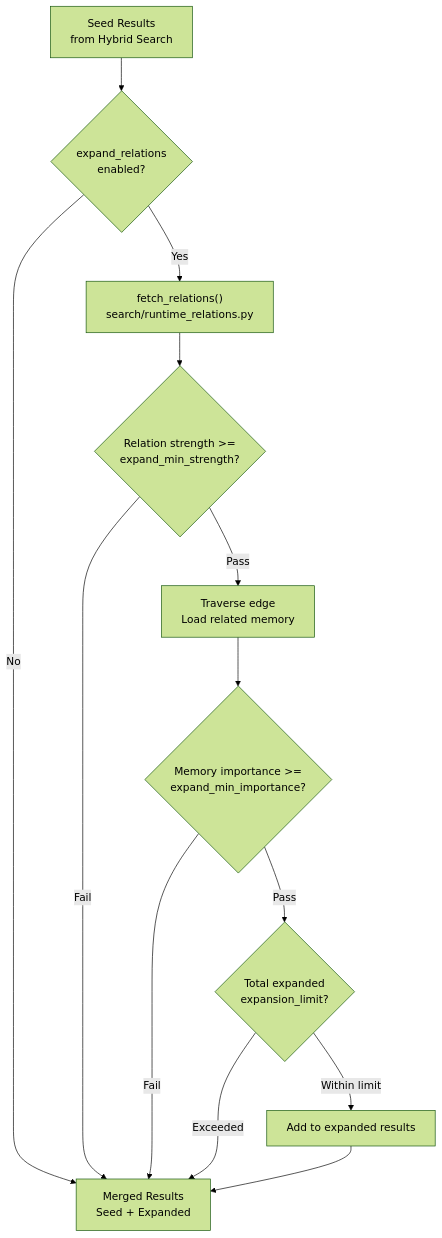
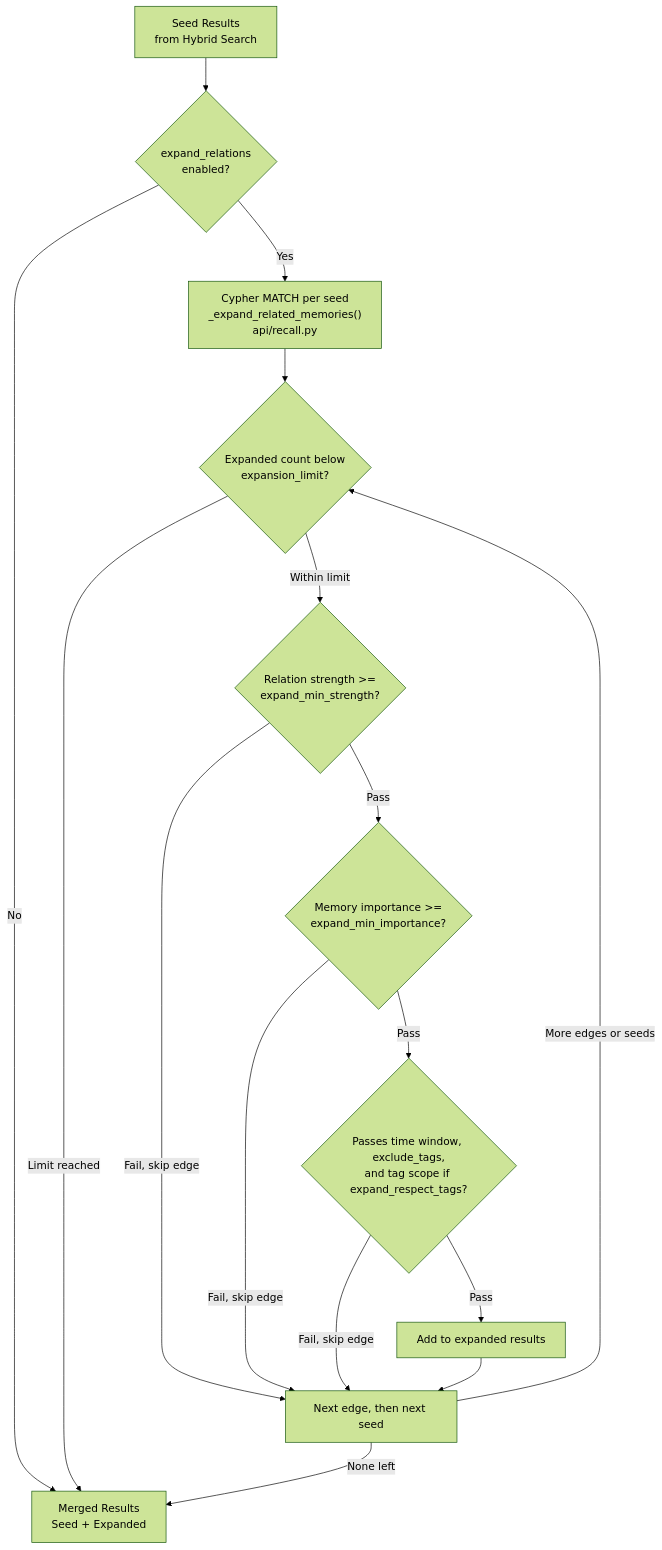
The third of 4 diagrams in src/content/docs/docs/reference/api/recall-operations.md (verygoodplugins/automem-website), drawn with Mermaid (forest theme) before and after one commit. The commit also changed other lines of this file and 1 other file, not shown here.

First line of the commit message:
docs: correct recall operations sequencing, expansion flows, MCP schema and formatting (#432)

````diff
--- a/src/content/docs/docs/reference/api/recall-operations.md
+++ b/src/content/docs/docs/reference/api/recall-operations.md
@@ -331,36 +331,43 @@
 ```mermaid
 graph TB
     SeedResults["Seed Results<br/>from Hybrid Search"]
 
     CheckExpand{"expand_relations<br/>enabled?"}
 
-    FetchRelations["fetch_relations()<br/>search/runtime_relations.py"]
+    FetchRelations["Cypher MATCH per seed<br/>_expand_related_memories()<br/>api/recall.py"]
+
+    CheckLimit{"Expanded count below<br/>expansion_limit?"}
 
     FilterStrength{"Relation strength >=<br/>expand_min_strength?"}
 
     FilterImportance{"Memory importance >=<br/>expand_min_importance?"}
 
-    TraverseEdge["Traverse edge<br/>Load related memory"]
-
-    CheckLimit{"Total expanded <br/>expansion_limit?"}
+    FilterScope{"Passes time window, exclude_tags,<br/>and tag scope if expand_respect_tags?"}
 
     AddToResults["Add to expanded results"]
+
+    NextEdge["Next edge, then next seed"]
 
     FinalResults["Merged Results<br/>Seed + Expanded"]
 
     SeedResults --> CheckExpand
     CheckExpand -->|No| FinalResults
     CheckExpand -->|Yes| FetchRelations
 
-    FetchRelations --> FilterStrength
-    FilterStrength -->|Fail| FinalResults
-    FilterStrength -->|Pass| TraverseEdge
+    FetchRelations --> CheckLimit
+    CheckLimit -->|"Limit reached"| FinalResults
+    CheckLimit -->|"Within limit"| FilterStrength
 
-    TraverseEdge --> FilterImportance
-    FilterImportance -->|Fail| FinalResults
-    FilterImportance -->|Pass| CheckLimit
+    FilterStrength -->|"Fail, skip edge"| NextEdge
+    FilterStrength -->|Pass| FilterImportance
 
-    CheckLimit -->|Exceeded| FinalResults
-    CheckLimit -->|Within limit| AddToResults
-    AddToResults --> FinalResults
+    FilterImportance -->|"Fail, skip edge"| NextEdge
+    FilterImportance -->|Pass| FilterScope
+
+    FilterScope -->|"Fail, skip edge"| NextEdge
+    FilterScope -->|Pass| AddToResults
+
+    AddToResults --> NextEdge
+    NextEdge -->|"More edges or seeds"| CheckLimit
+    NextEdge -->|"None left"| FinalResults
 ```
````
